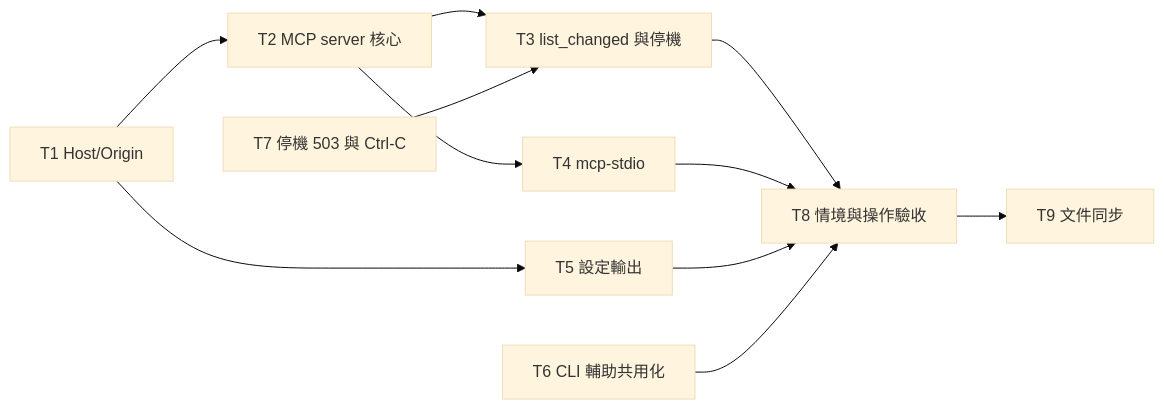
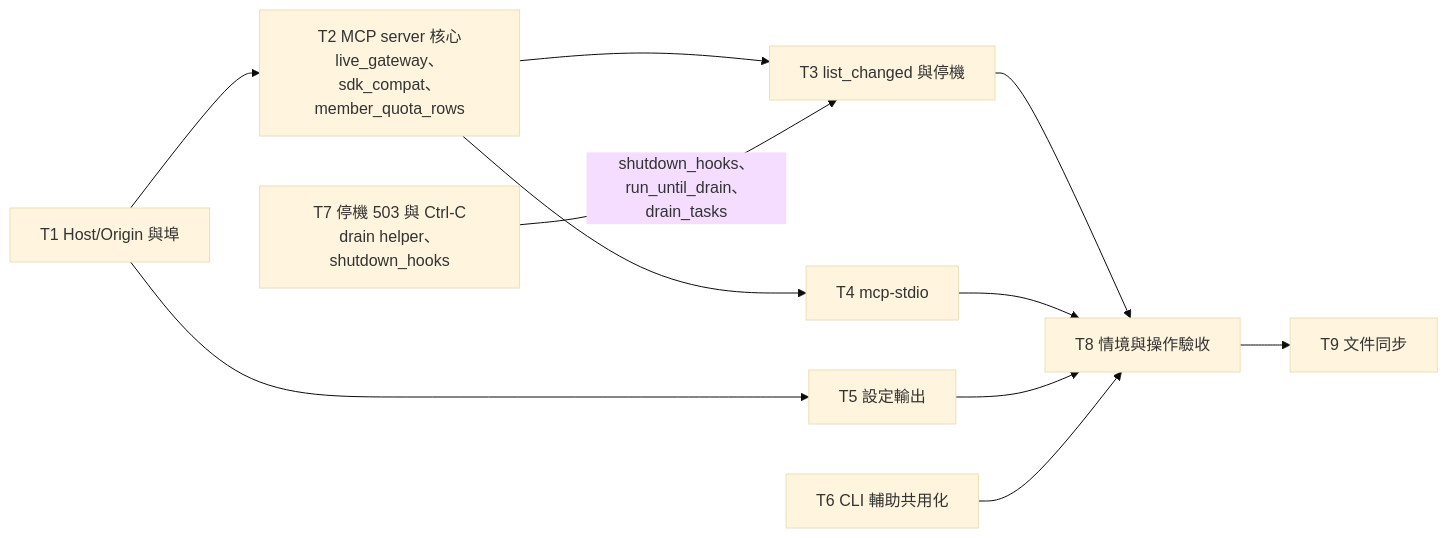
One commit to kamira/spillway changed the fourth of 4 diagrams in sdlc_docs/changes/CHG-20261102-01.md. Above: the diagram before and after it, drawn with Mermaid (base theme). The commit also changed other lines of this file and 1 other file, not shown here.

````diff
--- a/sdlc_docs/changes/CHG-20261102-01.md
+++ b/sdlc_docs/changes/CHG-20261102-01.md
@@ -128,12 +140,12 @@
 ```mermaid
 flowchart LR
-  T1[T1 Host/Origin] --> T2[T2 MCP server 核心]
+  T1[T1 Host/Origin 與埠] --> T2[T2 MCP server 核心<br/>live_gateway、sdk_compat、member_quota_rows]
   T6[T6 CLI 輔助共用化]
-  T7[T7 停機 503 與 Ctrl-C]
+  T7[T7 停機 503 與 Ctrl-C<br/>drain helper、shutdown_hooks]
   T2 --> T3[T3 list_changed 與停機]
   T2 --> T4[T4 mcp-stdio]
   T1 --> T5[T5 設定輸出]
-  T7 --> T3
+  T7 -- shutdown_hooks、run_until_drain、drain_tasks --> T3
   T3 & T4 & T5 & T6 --> T8[T8 情境與操作驗收]
   T8 --> T9[T9 文件同步]
 ```
````
